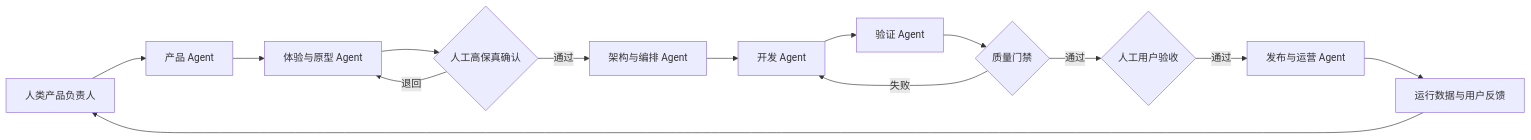
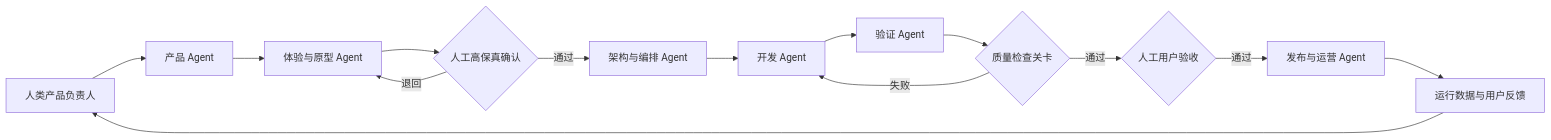
The diagram in 03_角色体系/人类与AI角色.md (zhidao-studio/ai-product-engineering-framework), drawn with Mermaid before and after one commit. The commit also changed other lines of this file, not shown here.

````diff
--- a/03_角色体系/人类与AI角色.md
+++ b/03_角色体系/人类与AI角色.md
@@ -37,16 +39,16 @@
 ```mermaid
 flowchart LR
     H[人类产品负责人] --> P[产品 Agent]
     P --> U[体验与原型 Agent]
     U --> C{人工高保真确认}
     C -->|退回| U
     C -->|通过| R[架构与编排 Agent]
     R --> D[开发 Agent]
     D --> Q[验证 Agent]
-    Q --> G{质量门禁}
+    Q --> G{质量检查关卡}
     G -->|失败| D
     G -->|通过| A{人工用户验收}
     A -->|通过| O[发布与运营 Agent]
     O --> F[运行数据与用户反馈]
     F --> H
 ```
````
